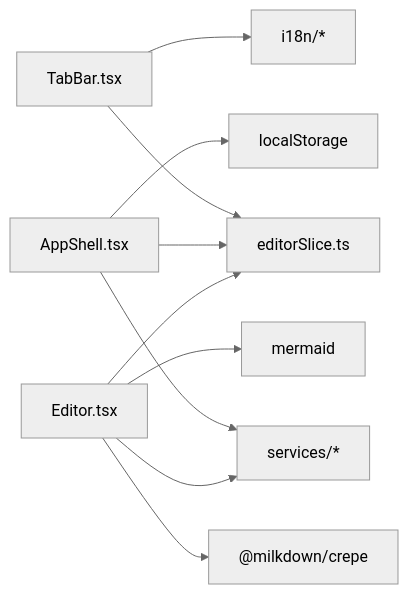
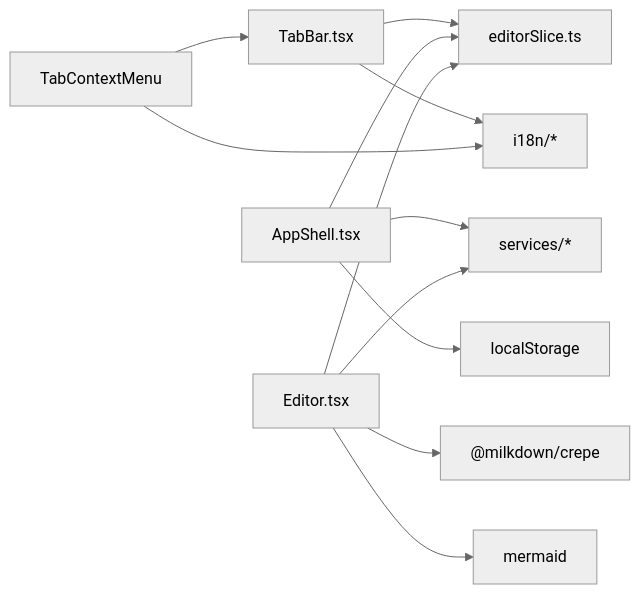
One commit to gongshiyun/ZenNote changed the seventh of 7 diagrams in .qoder/repowiki/zh/content/布局系统/标签页系统.md. Above: the diagram before and after it, drawn with Mermaid (neutral theme). The commit also changed other lines of this file and 38 other files, not shown here.

````diff
--- a/.qoder/repowiki/zh/content/布局系统/标签页系统.md
+++ b/.qoder/repowiki/zh/content/布局系统/标签页系统.md
@@ -301,12 +419,14 @@
 ```mermaid
 graph LR
 TabBar["TabBar.tsx"] --> Slice["editorSlice.ts"]
 TabBar --> I18N["i18n/*"]
+TabContextMenu["TabContextMenu"] --> TabBar
+TabContextMenu --> I18N
 AppShell["AppShell.tsx"] --> Slice
 AppShell --> Services["services/*"]
 AppShell --> LocalStorage["localStorage"]
 Editor["Editor.tsx"] --> Slice
 Editor --> Services
 Editor --> Milkdown["@milkdown/crepe"]
 Editor --> Mermaid["mermaid"]
 ```
````
